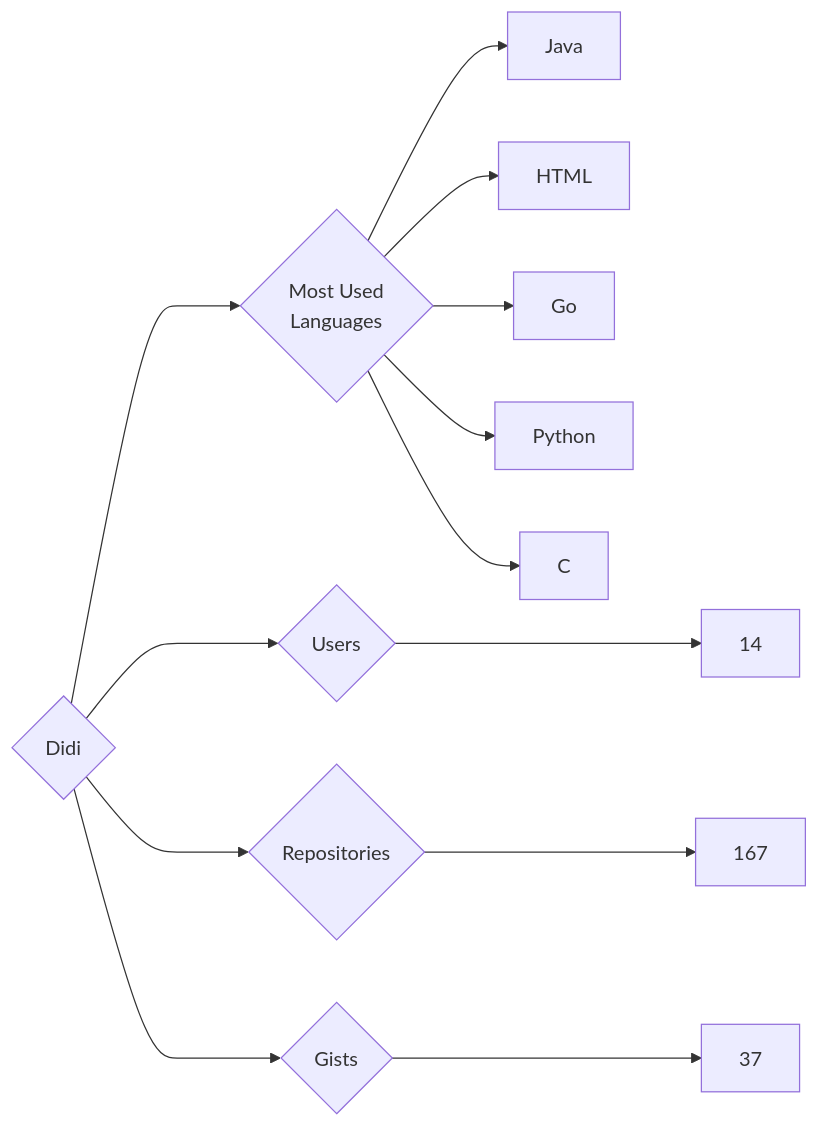
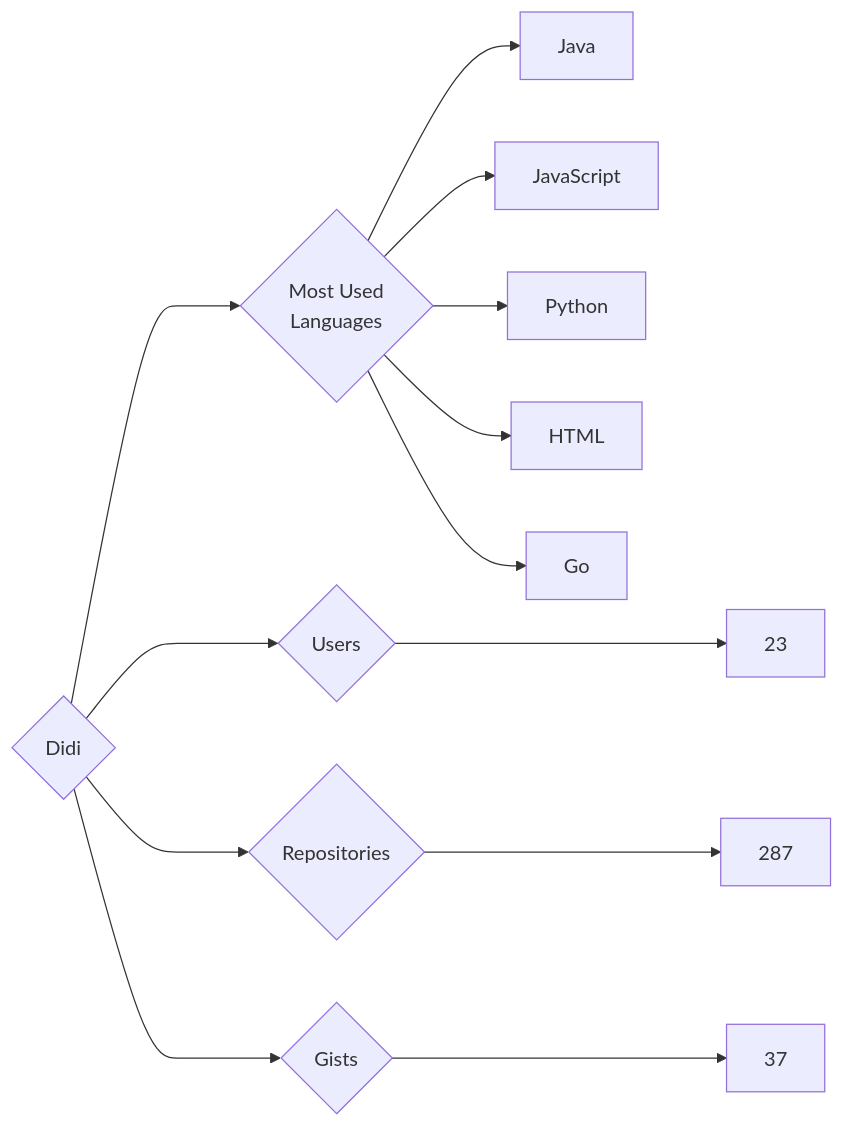
One commit to trickest/insiders changed the diagram in targets/Didi/README.md. Above: the diagram before and after it, drawn with Mermaid. The commit also changed 569 other files, not shown here.

````diff
--- a/targets/Didi/README.md
+++ b/targets/Didi/README.md
@@ -3,13 +3,13 @@
 ```mermaid
 graph LR
 COMPANY_NAME{Didi}
-COMPANY_NAME ---> U{Users} ---> UN[14]
-COMPANY_NAME ---> R{Repositories} ---> RN[167]
+COMPANY_NAME ---> U{Users} ---> UN[23]
+COMPANY_NAME ---> R{Repositories} ---> RN[287]
 COMPANY_NAME ---> G{Gists} ---> GN[37]
 COMPANY_NAME ---> ML{Most Used<br>Languages}
 ML --> Java[Java]
+ML --> JavaScript[JavaScript]
+ML --> Python[Python]
 ML --> HTML[HTML]
 ML --> Go[Go]
-ML --> Python[Python]
-ML --> C[C]
 ```
````
